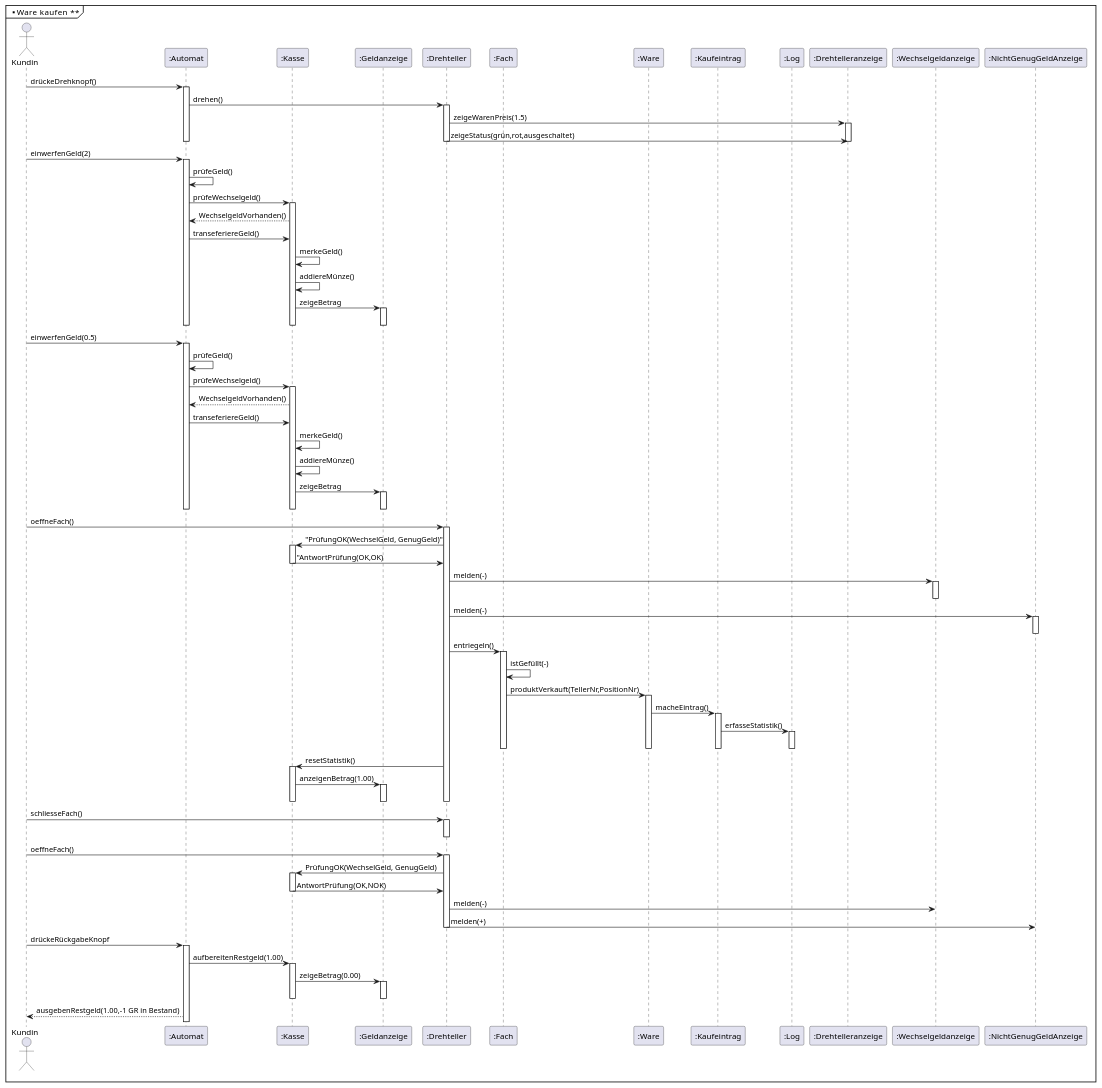
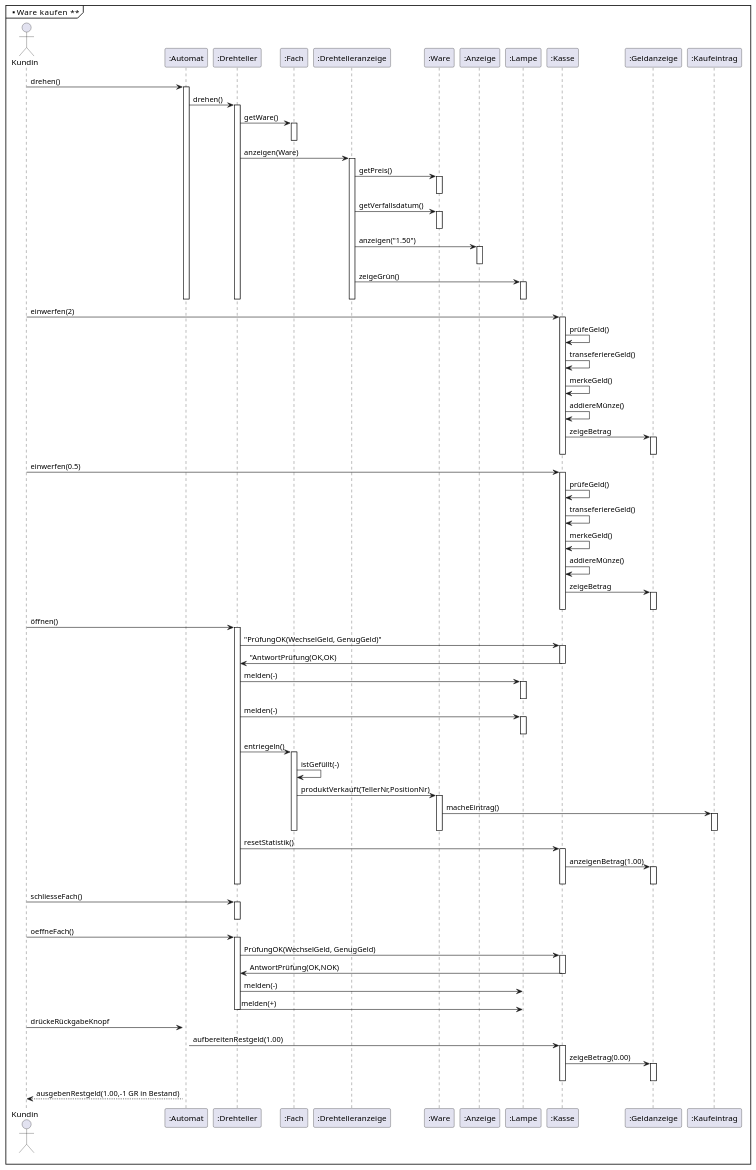
Before and after one commit to egoat/MAS-SE22_Warenautomat2022_Analyse: the third of 4 diagrams in Warenautomat.md, drawn with PlantUML. The commit also changed other lines of this file, not shown here.

Commit message:
Konstruktoren, Klassendiagramm <-> Sequenzdiagramm anpassen

```diff
--- a/Warenautomat.md
+++ b/Warenautomat.md
@@ -223,125 +229,122 @@
 mainframe **   Ware kaufen   **
 
 actor "Kundin" as Kundin
+ 
 participant ":Automat" as Automat 
-participant ":Kasse" as Kasse 
-participant ":Geldanzeige" as GA 
-participant ":Drehteller" as DT
-participant ":Fach" as Fach  
-participant ":Ware" as Ware
-participant ":Kaufeintrag" as KE
-participant ":Log" as Log
-participant ":Drehtelleranzeige" as D
-participant ":Wechselgeldanzeige" as WAZ
-participant ":NichtGenugGeldAnzeige" as NGGAZ
- 
-
-Kundin -> Automat : drückeDrehknopf()
+Kundin -> Automat : drehen()
 activate Automat
-    Automat -> DT : drehen()
-
-    activate DT
-    DT -> D : zeigeWarenPreis(1.5)
-    activate D
-    DT -> D : zeigeStatus(grün,rot,ausgeschaltet)
-    deactivate DT
-    deactivate D
+    participant ":Drehteller" as Drehteller
+    Automat -> Drehteller : drehen()
+        activate Drehteller
+        participant ":Fach" as Fach
+        Drehteller -> Fach : getWare()
+        activate Fach
+        deactivate Fach
+        participant ":Drehtelleranzeige" as Drehtelleranzeige
+        Drehteller -> Drehtelleranzeige : anzeigen(Ware)
+        activate Drehtelleranzeige
+            participant ":Ware" as Ware
+            Drehtelleranzeige -> Ware : getPreis()
+            activate Ware
+            deactivate Ware
+            Drehtelleranzeige -> Ware : getVerfallsdatum()
+            activate Ware
+            deactivate Ware
+            participant ":Anzeige" as Anzeige
+            Drehtelleranzeige -> Anzeige : anzeigen("1.50")
+            activate Anzeige
+            deactivate Anzeige
+            participant ":Lampe" as Lampe
+            Drehtelleranzeige -> Lampe : zeigeGrün()
+            activate Lampe
+            deactivate Lampe
+        deactivate Drehteller
+        deactivate Drehtelleranzeige
     deactivate Automat
     
-
-Kundin -> Automat : einwerfenGeld(2)
-    activate Automat
-    Automat -> Automat : prüfeGeld()
-    Automat -> Kasse   : prüfeWechselgeld()
-    activate Kasse
-    Kasse --> Automat : WechselgeldVorhanden()
-    
-    Automat  -> Kasse : transeferiereGeld()
-    Kasse -> Kasse : merkeGeld()
-    Kasse -> Kasse : addiereMünze()
-   
-    Kasse -> GA : zeigeBetrag
-    activate GA
-    deactivate GA
-    deactivate Kasse
+participant ":Kasse" as Kasse
+Kundin -> Kasse : einwerfen(2)
+        activate Kasse
+        Kasse -> Kasse : prüfeGeld()
+        Kasse  -> Kasse : transeferiereGeld()
+        Kasse -> Kasse : merkeGeld()
+        Kasse -> Kasse : addiereMünze()
+        participant ":Geldanzeige" as Geldanzeige
+        Kasse -> Geldanzeige : zeigeBetrag
+            activate Geldanzeige
+            deactivate Geldanzeige
+        deactivate Kasse
     deactivate Automat
 
-Kundin -> Automat : einwerfenGeld(0.5)
-    activate Automat
-    Automat -> Automat : prüfeGeld()
-    Automat -> Kasse   : prüfeWechselgeld()
-    activate Kasse
-    Kasse --> Automat : WechselgeldVorhanden()
-    
-    Automat  -> Kasse : transeferiereGeld()
-    Kasse -> Kasse : merkeGeld()
-    Kasse -> Kasse : addiereMünze()
-   
-    Kasse -> GA : zeigeBetrag
-    activate GA
-    deactivate GA
-    deactivate Kasse
+Kundin -> Kasse : einwerfen(0.5)
+        activate Kasse
+        Kasse -> Kasse : prüfeGeld()
+        Kasse  -> Kasse : transeferiereGeld()
+        Kasse -> Kasse : merkeGeld()
+        Kasse -> Kasse : addiereMünze()
+        Kasse -> Geldanzeige : zeigeBetrag
+            activate Geldanzeige
+            deactivate Geldanzeige
+        deactivate Kasse
     deactivate Automat
 
-Kundin -> DT : oeffneFach()
-    activate DT
-    DT -> Kasse : "PrüfungOK(WechselGeld, GenugGeld)"
+Kundin -> Drehteller : öffnen()
+    activate Drehteller
+    Drehteller -> Kasse : "PrüfungOK(WechselGeld, GenugGeld)"
         activate Kasse
-        DT <- Kasse : "AntwortPrüfung(OK,OK)
+        Drehteller <- Kasse : "AntwortPrüfung(OK,OK)
         deactivate Kasse
 
-    DT -> WAZ : melden(-)
-        activate WAZ
-        deactivate WAZ
+    Drehteller -> Lampe : melden(-)
+        activate Lampe
+        deactivate Lampe
 
-    DT -> NGGAZ : melden(-)
-        activate NGGAZ
-        deactivate NGGAZ
+    Drehteller -> Lampe : melden(-)
+        activate Lampe
+        deactivate Lampe
 
-    DT -> Fach :entriegeln()
+    Drehteller -> Fach :entriegeln()
         activate Fach
         Fach -> Fach : istGefüllt(-)
         Fach -> Ware : produktVerkauft(TellerNr,PositionNr)
             activate Ware
-            Ware -> KE : macheEintrag()
-                activate KE
-                KE -> Log : erfasseStatistik()
-                    activate Log
-                    deactivate Log
-                deactivate KE
+            participant ":Kaufeintrag" as Kaufeintrag
+            Ware -> Kaufeintrag : macheEintrag()
+                activate Kaufeintrag
+                deactivate Kaufeintrag
             deactivate Ware
         deactivate Fach
 
-    DT -> Kasse : resetStatistik()
+    Drehteller -> Kasse : resetStatistik()
         activate Kasse
-        Kasse -> GA : anzeigenBetrag(1.00)
-            activate GA
-            deactivate GA
+        Kasse -> Geldanzeige : anzeigenBetrag(1.00)
+            activate Geldanzeige
+            deactivate Geldanzeige
         deactivate Kasse
-    deactivate DT
+    deactivate Drehteller
     
 
-Kundin -> DT : schliesseFach()
-    activate DT
-    deactivate DT
+Kundin -> Drehteller : schliesseFach()
+    activate Drehteller
+    deactivate Drehteller
    
-Kundin -> DT : oeffneFach()
-    activate DT
-    DT -> Kasse : PrüfungOK(WechselGeld, GenugGeld)
+Kundin -> Drehteller : oeffneFach()
+    activate Drehteller
+    Drehteller -> Kasse : PrüfungOK(WechselGeld, GenugGeld)
         activate Kasse
-        Kasse -> DT : AntwortPrüfung(OK,NOK)
+        Kasse -> Drehteller : AntwortPrüfung(OK,NOK)
         deactivate Kasse
-    DT -> WAZ : melden(-)
-    DT -> NGGAZ : melden(+)
-    deactivate DT
+    Drehteller -> Lampe : melden(-)
+    Drehteller -> Lampe : melden(+)
+    deactivate Drehteller
 
 Kundin -> Automat : drückeRückgabeKnopf
     activate Automat
    Automat -> Kasse : aufbereitenRestgeld(1.00)
         activate Kasse
-        Kasse -> GA : zeigeBetrag(0.00)
-            activate GA
-            deactivate GA
+        Kasse -> Geldanzeige : zeigeBetrag(0.00)
+            activate Geldanzeige
+            deactivate Geldanzeige
         deactivate Kasse
     Automat --> Kundin : ausgebenRestgeld(1.00,-1 GR in Bestand)
 
```
